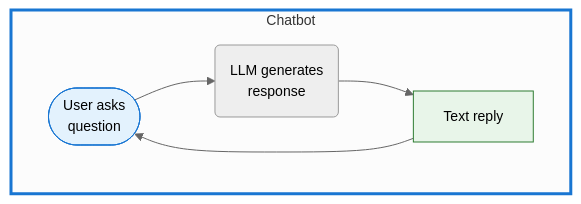
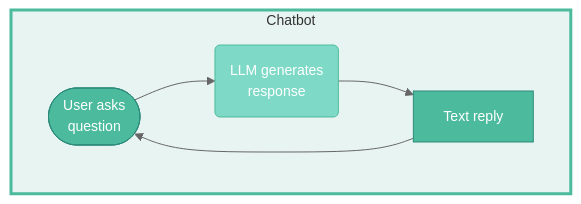
One commit to mjfrigaard/shiny-app-pkgs changed the second of 6 diagrams in tools.qmd. Above: the diagram before and after it, drawn with Mermaid. The commit also changed other lines of this file, not shown here.

First line of the commit message:
Style flowchart diagrams in tools.qmd with teal palette

````diff
--- a/tools.qmd
+++ b/tools.qmd
@@ -266,19 +266,19 @@
 ```{mermaid}
 %%| fig-cap: 'Chatbots'
 %%| fig-align: center
 %%{init: {'theme': 'neutral', 'themeVariables': { 'fontFamily': 'monospace', "fontSize":"14px"}}}%%
 
 flowchart TD
     subgraph Chatbot[" Chatbot"]
         direction LR
         UserCB(["User asks<br>question"]) --> LlmCB("LLM generates<br>response")
         LlmCB --> ReplyCB[Text reply]
         ReplyCB --> UserCB
     end
 
-    style Chatbot stroke-width:3px,stroke:#1976d2
-    style UserCB fill:#e3f2fd,stroke:#1976d2,stroke-width:1px,color:#000
-    style ReplyCB fill:#e8f5e9,stroke:#2e7d32,stroke-width:1px,color:#000
-    
+    style Chatbot fill:#e8f4f1,stroke-width:3px,stroke:#4CBB9D
+    style UserCB fill:#4CBB9D,stroke:#2d8a7a,stroke-width:1px,color:#fff
+    style LlmCB fill:#7fd9c7,stroke:#4CBB9D,stroke-width:1px,color:#fff
+    style ReplyCB fill:#4CBB9D,stroke:#2d8a7a,stroke-width:1px,color:#fff
 
 ```
````
